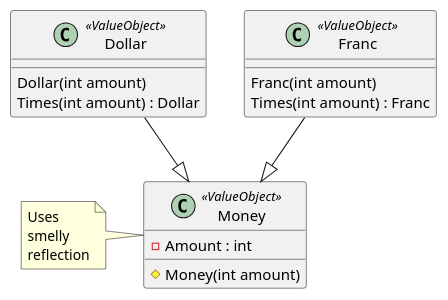
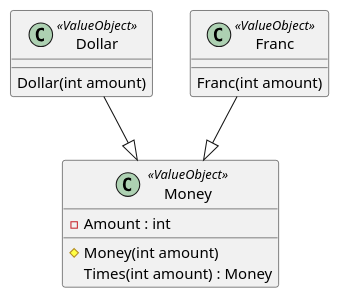
One commit to RicardoGuzmanVelasco/KentBeck.TDDByExample changed the diagram in Documentation/Classes.puml. Above: the diagram before and after it, drawn with PlantUML. The commit also changed 3 other files, not shown here.

```diff
--- a/Documentation/Classes.puml
+++ b/Documentation/Classes.puml
@@ -1,23 +1,20 @@
 @startuml
 class Dollar <<ValueObject>>
 {
     Dollar(int amount)
-    Times(int amount) : Dollar
 }
 
 class Franc <<ValueObject>>
 {
     Franc(int amount)
-    Times(int amount) : Franc
 }
 
 class Money <<ValueObject>>
 {
     -Amount : int
     #Money(int amount)
+    Times(int amount) : Money
 }
 Dollar --|> Money
 Franc --|> Money
-
-note left of Money : Uses\nsmelly\nreflection
 @enduml
```
